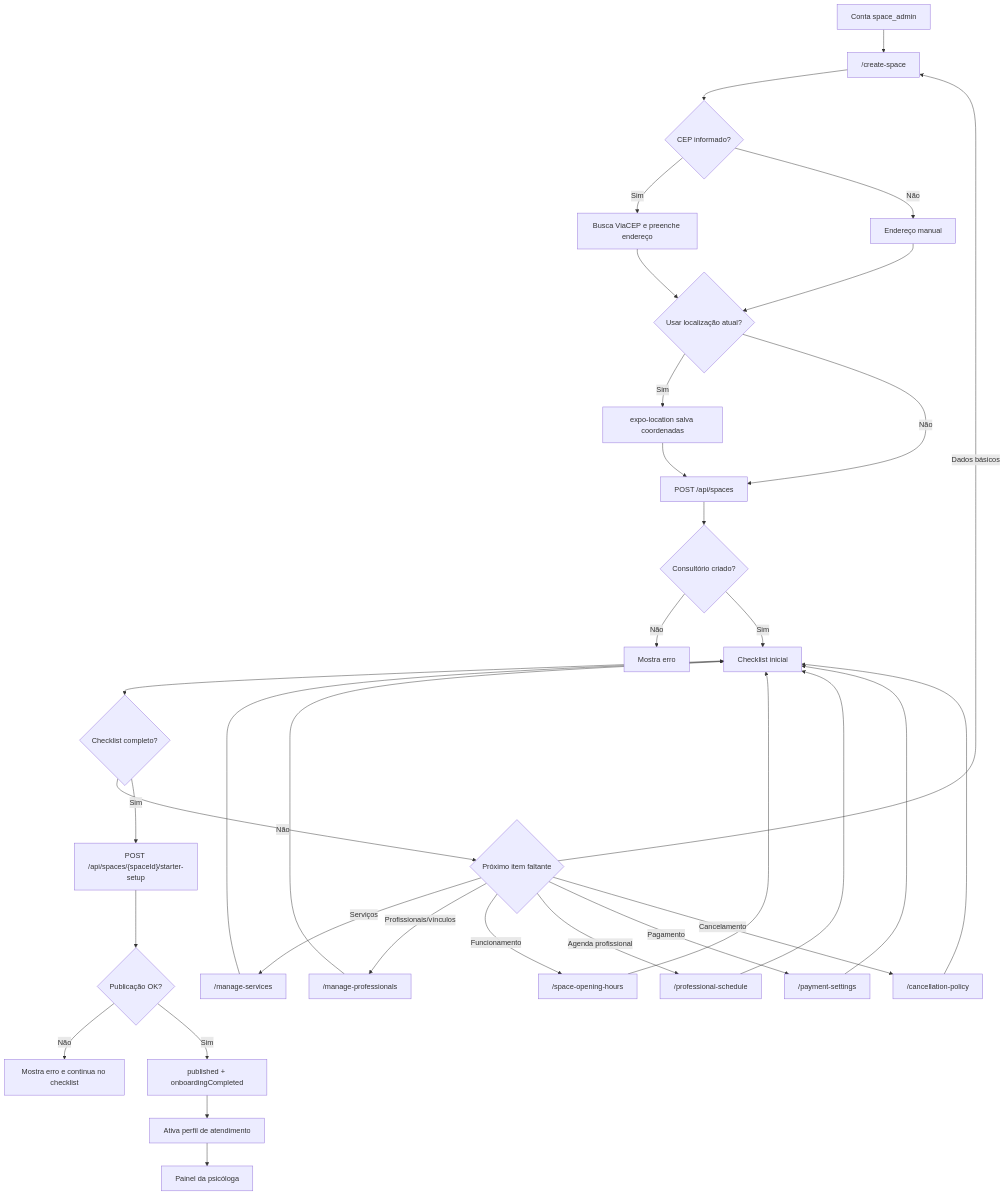
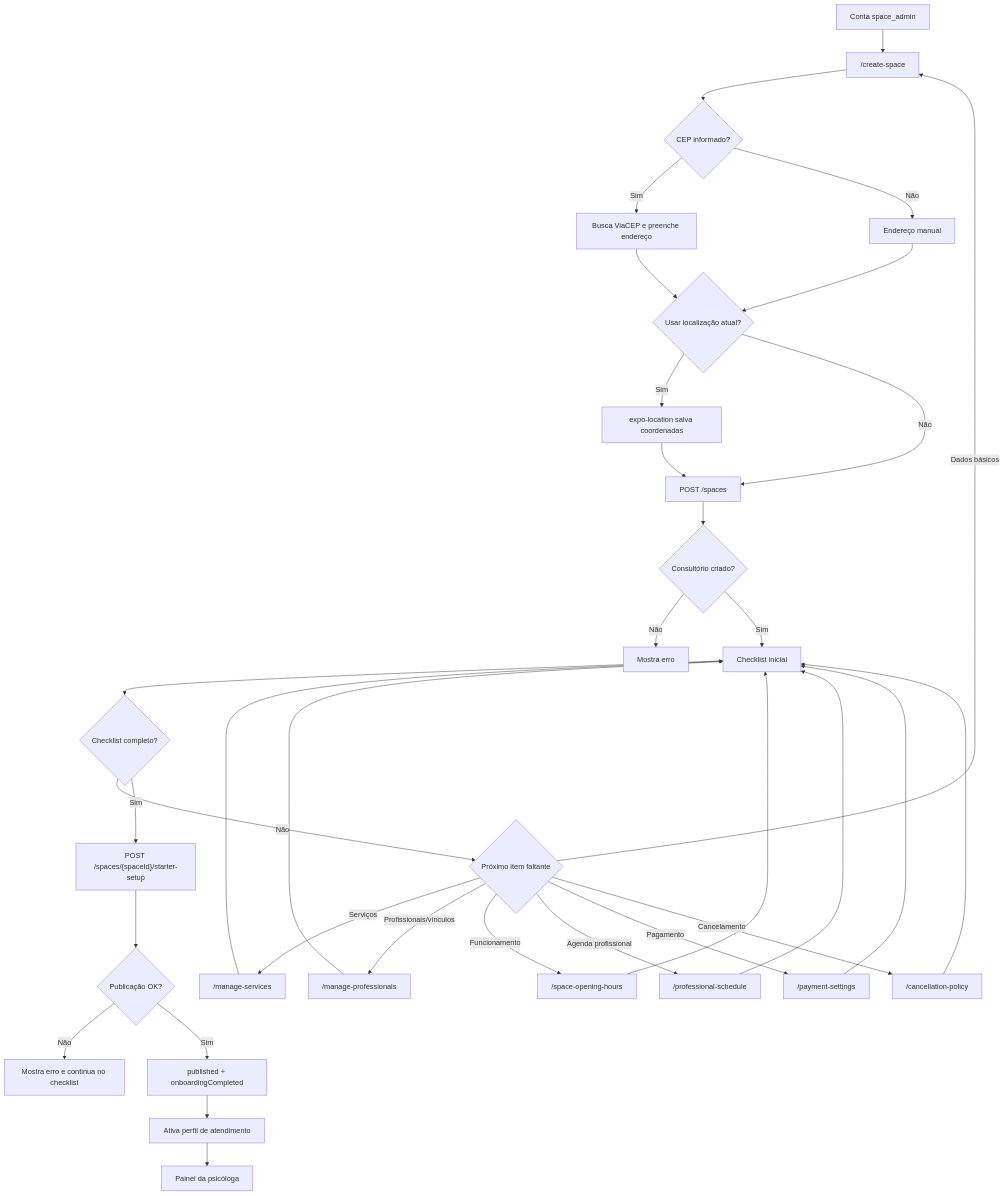
The fifth of 9 diagrams in docs/fluxograma-cenarios.md (ThiDevs/psicologa_agenda), drawn with Mermaid before and after one commit. The commit also changed other lines of this file and 12 other files, not shown here.

````diff
--- a/docs/fluxograma-cenarios.md
+++ b/docs/fluxograma-cenarios.md
@@ -167,40 +167,40 @@
 ```mermaid
 flowchart TD
   OwnerAccount["Conta space_admin"] --> CreateSpace["/create-space"]
   CreateSpace --> Cep{"CEP informado?"}
   Cep -- "Sim" --> ViaCep["Busca ViaCEP e preenche endereço"]
   Cep -- "Não" --> ManualAddress["Endereço manual"]
   ViaCep --> Location
   ManualAddress --> Location{"Usar localização atual?"}
   Location -- "Sim" --> ExpoLocation["expo-location salva coordenadas"]
   Location -- "Não" --> SubmitSpace
-  ExpoLocation --> SubmitSpace["POST /api/spaces"]
+  ExpoLocation --> SubmitSpace["POST /spaces"]
 
   SubmitSpace --> SpaceOk{"Consultório criado?"}
   SpaceOk -- "Não" --> SpaceError["Mostra erro"]
   SpaceOk -- "Sim" --> Checklist["Checklist inicial"]
 
   Checklist --> Complete{"Checklist completo?"}
   Complete -- "Não" --> NextItem{"Próximo item faltante"}
   NextItem -- "Serviços" --> Services["/manage-services"]
   NextItem -- "Profissionais/vínculos" --> Professionals["/manage-professionals"]
   NextItem -- "Funcionamento" --> OpeningHours["/space-opening-hours"]
   NextItem -- "Agenda profissional" --> ProfessionalSchedule["/professional-schedule"]
   NextItem -- "Pagamento" --> PaymentSettings["/payment-settings"]
   NextItem -- "Cancelamento" --> CancellationPolicy["/cancellation-policy"]
   NextItem -- "Dados básicos" --> CreateSpace
 
   Services --> Checklist
   Professionals --> Checklist
   OpeningHours --> Checklist
   ProfessionalSchedule --> Checklist
   PaymentSettings --> Checklist
   CancellationPolicy --> Checklist
 
-  Complete -- "Sim" --> StarterSetup["POST /api/spaces/{spaceId}/starter-setup"]
+  Complete -- "Sim" --> StarterSetup["POST /spaces/{spaceId}/starter-setup"]
   StarterSetup --> PublishOk{"Publicação OK?"}
   PublishOk -- "Não" --> PublishError["Mostra erro e continua no checklist"]
   PublishOk -- "Sim" --> Published["published + onboardingCompleted"]
   Published --> ActivateProfile["Ativa perfil de atendimento"]
   ActivateProfile --> OwnerDashboard["Painel da psicóloga"]
 ```
````
